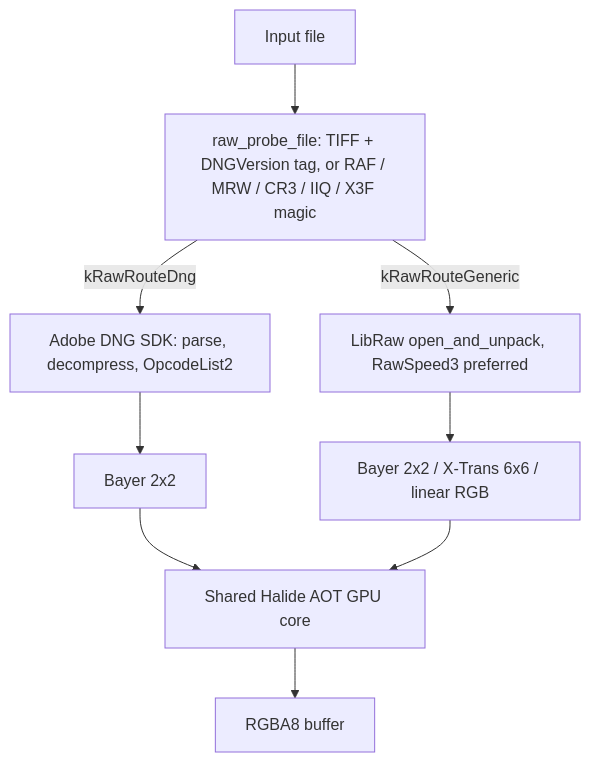
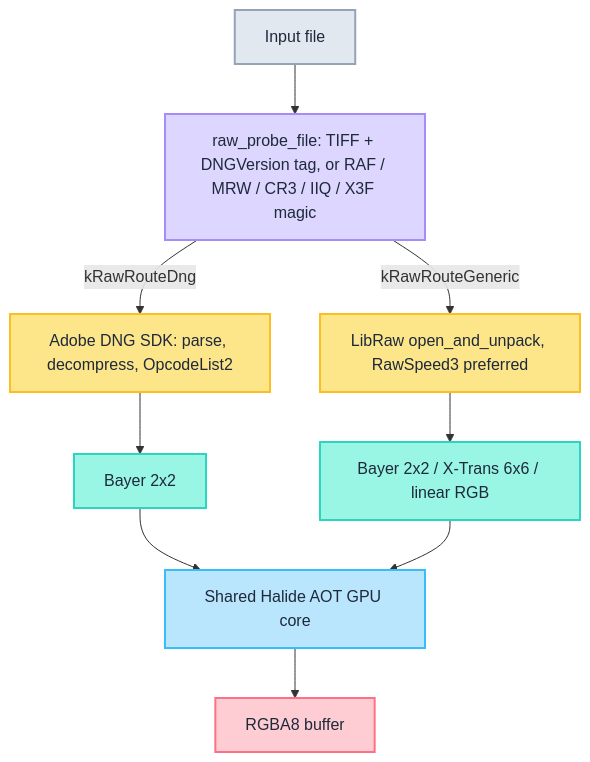
Before and after one commit to jhangyu/ceyx: the second of 3 diagrams in README.md, drawn with Mermaid. The commit also changed other lines of this file, not shown here.

First line of the commit message:
docs(readme): apply Tailwind 200/400 palette to mermaid diagrams

````diff
--- a/README.md
+++ b/README.md
@@ -204,11 +218,25 @@
 ```mermaid
 flowchart TD
     A["Input file"] --> P["raw_probe_file: TIFF + DNGVersion tag, or RAF / MRW / CR3 / IIQ / X3F magic"]
     P -->|kRawRouteDng| DNGR["Adobe DNG SDK: parse, decompress, OpcodeList2"]
     P -->|kRawRouteGeneric| GENR["LibRaw open_and_unpack, RawSpeed3 preferred"]
     DNGR --> L1["Bayer 2x2"]
     GENR --> L2["Bayer 2x2 / X-Trans 6x6 / linear RGB"]
     L1 --> GPU["Shared Halide AOT GPU core"]
     L2 --> GPU
     GPU --> OUT["RGBA8 buffer"]
+
+    classDef input fill:#e2e8f0,stroke:#94a3b8,stroke-width:2px,color:#1e293b
+    classDef probe fill:#ddd6fe,stroke:#a78bfa,stroke-width:2px,color:#1e293b
+    classDef cpu fill:#fde68a,stroke:#fbbf24,stroke-width:2px,color:#1e293b
+    classDef layout fill:#99f6e4,stroke:#2dd4bf,stroke-width:2px,color:#1e293b
+    classDef gpu fill:#bae6fd,stroke:#38bdf8,stroke-width:2px,color:#1e293b
+    classDef output fill:#fecdd3,stroke:#fb7185,stroke-width:2px,color:#1e293b
+
+    class A input
+    class P probe
+    class DNGR,GENR cpu
+    class L1,L2 layout
+    class GPU gpu
+    class OUT output
 ```
````
